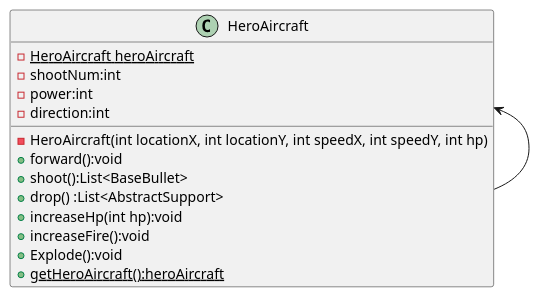
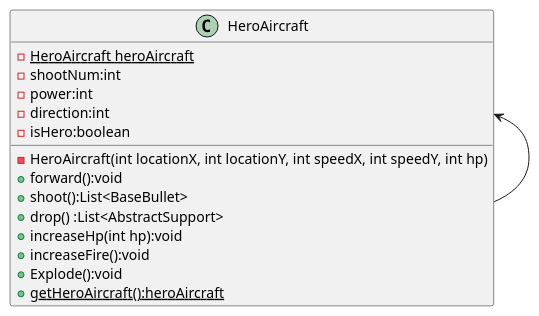
The diagram in uml/SimpleExample.puml (hazuki-nana/COMP2027), drawn with PlantUML before and after one commit. The commit also changed 13 other files, not shown here.

```diff
--- a/uml/SimpleExample.puml
+++ b/uml/SimpleExample.puml
@@ -1,18 +1,19 @@
 @startuml
 class HeroAircraft {
     - {static}HeroAircraft heroAircraft
     - shootNum:int
     - power:int
     - direction:int
     - HeroAircraft(int locationX, int locationY, int speedX, int speedY, int hp)
+    - isHero:boolean
     + forward():void
     + shoot():List<BaseBullet>
     + drop() :List<AbstractSupport>
     + increaseHp(int hp):void
     + increaseFire():void
     + Explode():void
     + {static}getHeroAircraft():heroAircraft
 }
 HeroAircraft <-- HeroAircraft
 
 @enduml
```
